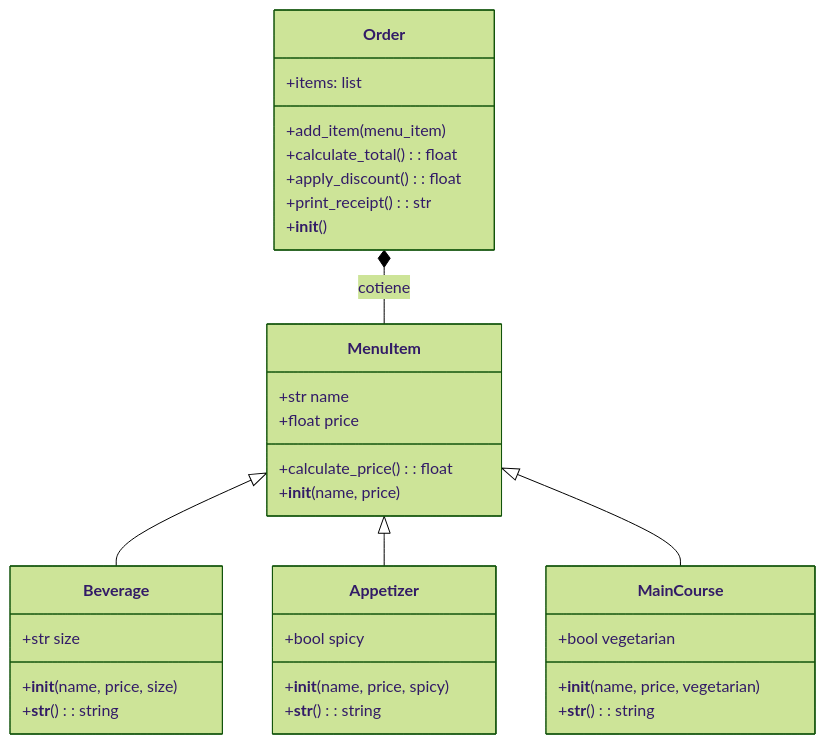
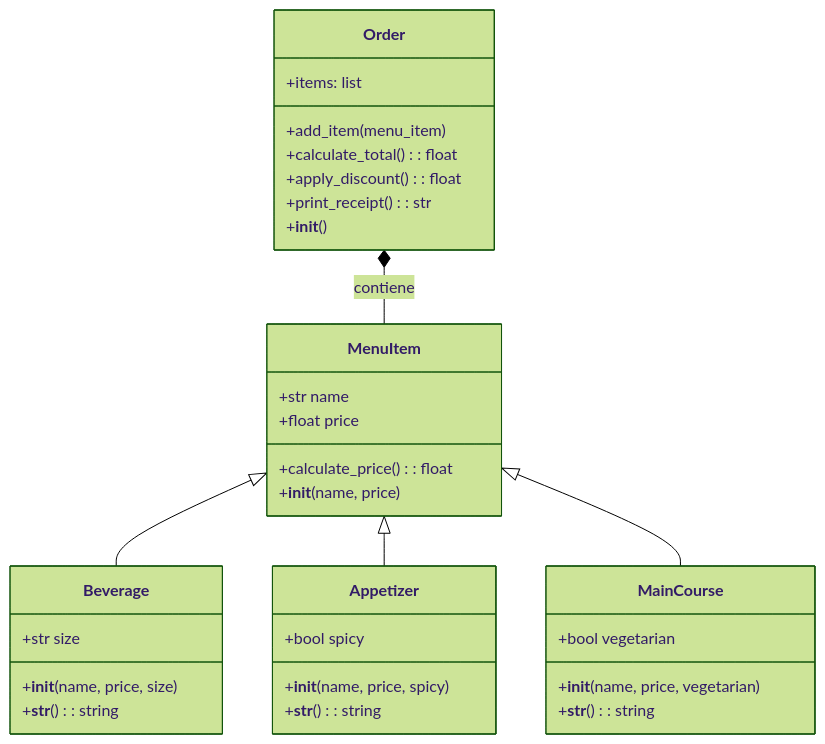
The diagram in README.md (Fabian0611/reto_3), drawn with Mermaid (forest theme) before and after one commit.

````diff
--- a/README.md
+++ b/README.md
@@ -11,42 +11,42 @@
 ```mermaid
 classDiagram
         class Order {
         +items: list
         +add_item(menu_item)
         +calculate_total(): float
         +apply_discount(): float
         +print_receipt(): str
         +__init__()
     }
 
     class MenuItem {
         +str name
         +float price 
         +calculate_price(): float
         +__init__(name, price)
     }
 
     class Beverage {
         +str size
         +__init__(name, price, size)
         +__str__(): string
     }
 
     class Appetizer {
         +bool spicy
         +__init__(name, price, spicy)
         +__str__(): string
     }
 
     class MainCourse {
         +bool vegetarian
         +__init__(name, price, vegetarian)
         +__str__(): string
     }
 
     MenuItem <|-- Beverage
     MenuItem <|-- Appetizer
     MenuItem <|-- MainCourse
-    Order *-- MenuItem : cotiene
+    Order *-- MenuItem : contiene
 
 ```
````
